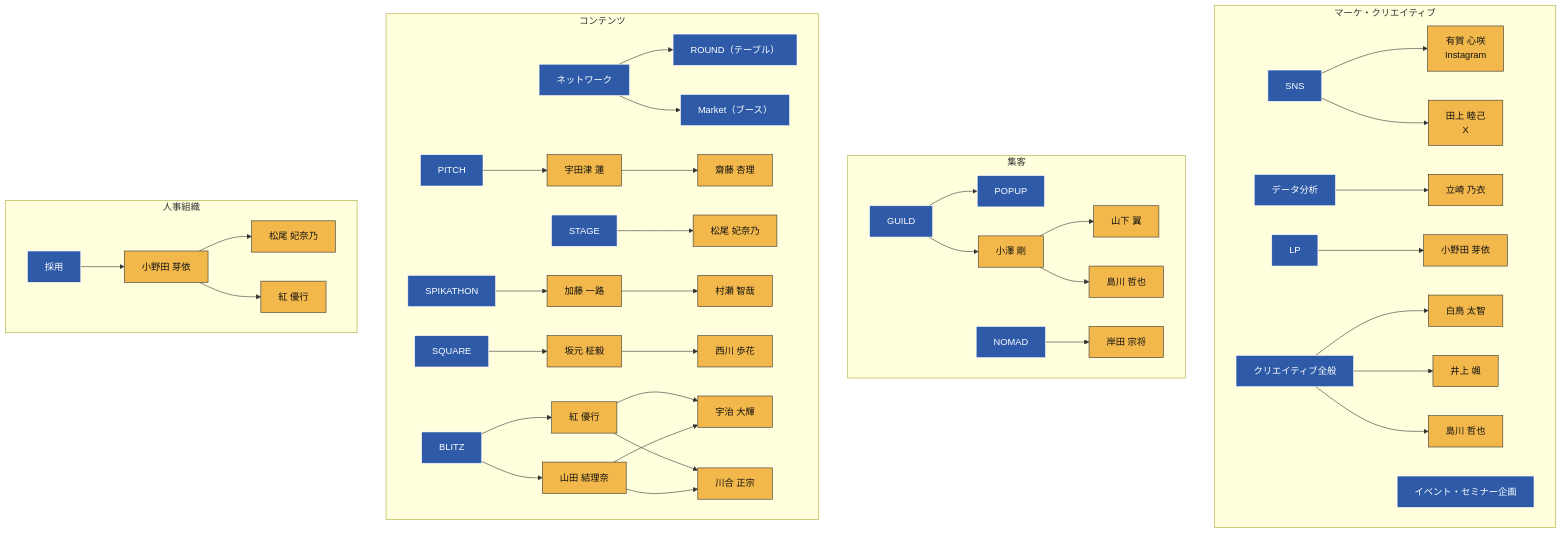
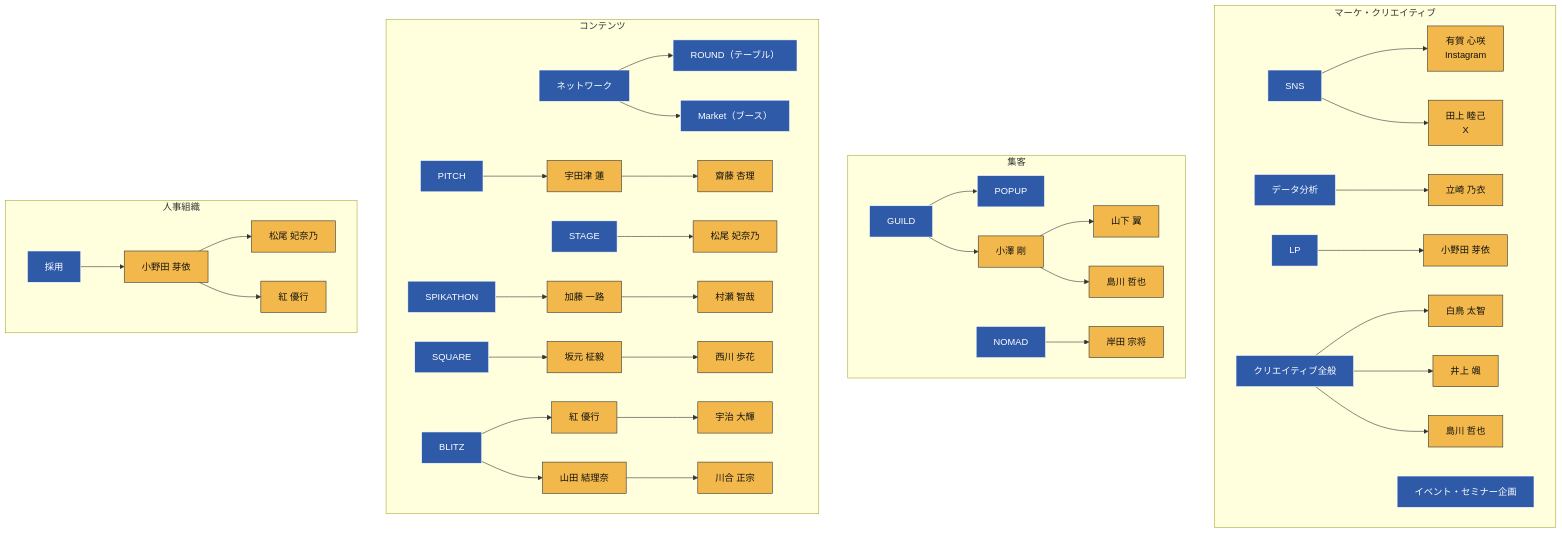
The third of 3 diagrams in spikes-org-chart.md (liofval/spikes_hr), drawn with Mermaid before and after one commit. The commit also changed other lines of this file and 1 other file, not shown here.

Commit message:
組織図: 構造整理（BLITZ1対1化・東田を岸田配下へ・立崎の担当修正）

````diff
--- a/spikes-org-chart.md
+++ b/spikes-org-chart.md
@@ -92,64 +87,62 @@
 ```mermaid
 graph TD
     subgraph SG_MC ["マーケ・クリエイティブ"]
       SNS[SNS]
       DATA[データ分析]
       EV[イベント・セミナー企画]
       LP[LP]
       CREATIVE[クリエイティブ全般]
       SNS --> Aruga2[有賀 心咲<br/>Instagram]
       SNS --> Tagami2[田上 睦己<br/>X]
       DATA --> Tatsuzaki2[立崎 乃衣]
       LP --> Onoda3[小野田 芽依]
       CREATIVE --> Shiratori2[白鳥 太智]
       CREATIVE --> Inoue2[井上 颯]
       CREATIVE --> Shimakawa3[島川 哲也]
     end
 
     subgraph SG_PROMO ["集客"]
       GUILD[GUILD]
       NOMAD[NOMAD]
       GUILD --> POPUP[POPUP]
       GUILD --> Ozawa2[小澤 剛]
       Ozawa2 --> Yamashita2[山下 翼]
       Ozawa2 --> Shimakawa2[島川 哲也]
       NOMAD --> Kishida2[岸田 宗将]
     end
 
     subgraph SG_CONT ["コンテンツ"]
       PITCH[PITCH]
       STAGE[STAGE]
       SPIKATHON[SPIKATHON]
       SQUARE[SQUARE]
       BLITZ[BLITZ]
       NW[ネットワーク]
       NW --> ROUND["ROUND（テーブル）"]
       NW --> MARKET["Market（ブース）"]
 
       PITCH --> Udatsu2[宇田津 蓮]
       Udatsu2 --> Saito2[齋藤 杏理]
       STAGE --> Matsuo2[松尾 妃奈乃]
       SPIKATHON --> Kato2[加藤 一路]
       Kato2 --> Murase2[村瀬 智哉]
       SQUARE --> Sakamoto2[坂元 柾毅]
       Sakamoto2 --> Nishikawa2[西川 歩花]
       BLITZ --> Kurenai2[紅 優行]
       BLITZ --> Yamada2[山田 結理奈]
       Kurenai2 --> Uji2[宇治 大輝]
-      Yamada2 --> Uji2
-      Kurenai2 --> Kawai2[川合 正宗]
-      Yamada2 --> Kawai2
+      Yamada2 --> Kawai2[川合 正宗]
     end
 
     subgraph SG_HR ["人事組織"]
       RECRUIT[採用]
       RECRUIT --> Onoda2[小野田 芽依]
       Onoda2 --> Matsuo3[松尾 妃奈乃]
       Onoda2 --> Kurenai3[紅 優行]
     end
 
     classDef role fill:#2e5aa8,stroke:#fff,color:#fff;
     classDef person fill:#f2b84b,stroke:#333,color:#111;
     class SNS,DATA,EV,LP,GUILD,NOMAD,CREATIVE,PITCH,STAGE,SPIKATHON,NW,SQUARE,BLITZ,ROUND,MARKET,POPUP,RECRUIT role;
     class Aruga2,Tagami2,Tatsuzaki2,Ozawa2,Yamashita2,Shimakawa2,Shimakawa3,Kishida2,Shiratori2,Inoue2,Udatsu2,Saito2,Matsuo2,Matsuo3,Kato2,Sakamoto2,Nishikawa2,Kurenai2,Kurenai3,Yamada2,Onoda2,Onoda3,Uji2,Kawai2,Murase2 person;
 ```
````
